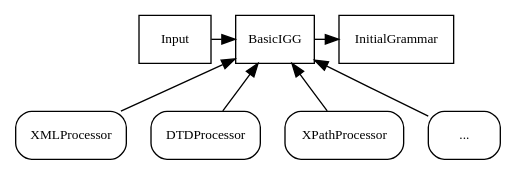
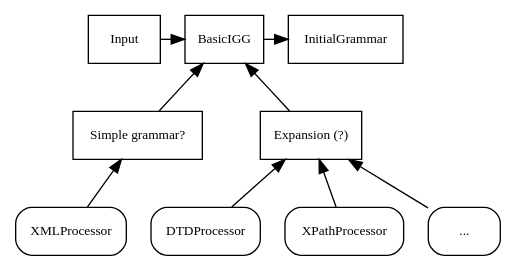
The diagram in doc/jInfer/basicigg/process-view.gv (otmarjr/jInfer-fork), drawn with Graphviz before and after one commit. The commit also changed 2 other files, not shown here.

Commit message:
Documentation: Modifying BasicIGG in accordance with #3172486.

```diff
--- a/doc/jInfer/basicigg/process-view.gv
+++ b/doc/jInfer/basicigg/process-view.gv
@@ -1,27 +1,32 @@
 digraph interfaces_nodes {
 	rankdir = BT;
 	node [shape = rectangle, fontname = "TeXGyrePagella-Regular", fontsize = 10];
 	edge [fontname = "TeXGyrePagella-Regular", fontsize = 10];
 
 {
 	rank = same;
 	Input;
 	BasicIGG;
 	InitialGrammar;
 }
 
 {
 	rank = same;
 	XMLProcessor [style = rounded];
 	DTDProcessor [style = rounded];
 	XPathProcessor [style = rounded];
 	OtherProcessor [style = rounded, label = "..."]; 
 }
+	
+	Verification [label = "Simple grammar?"]
+	Expansion [label = "Expansion (?)"];
 
 	Input -> BasicIGG;
 	BasicIGG -> InitialGrammar;
-	XMLProcessor -> BasicIGG;
-	DTDProcessor -> BasicIGG;
-	XPathProcessor -> BasicIGG;
-	OtherProcessor -> BasicIGG;
+	XMLProcessor -> Verification;
+	Verification -> BasicIGG;
+	DTDProcessor -> Expansion;
+	XPathProcessor -> Expansion;
+	OtherProcessor -> Expansion;
+	Expansion -> BasicIGG;
 }
```
